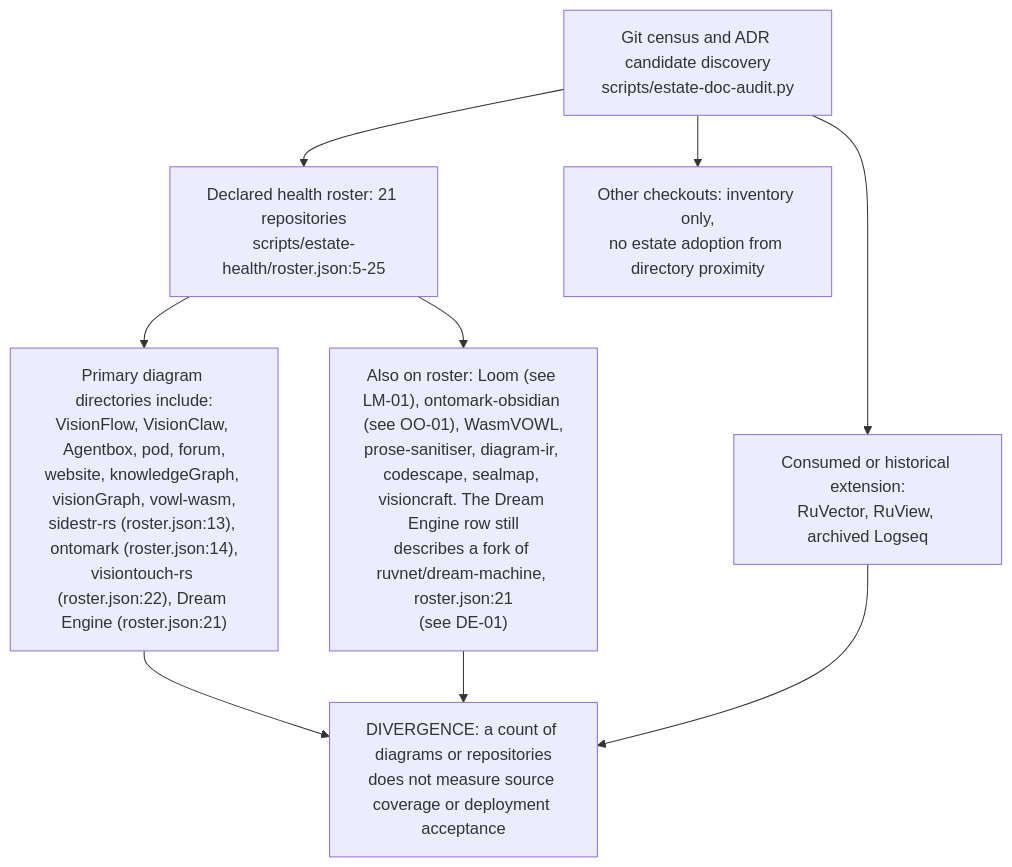
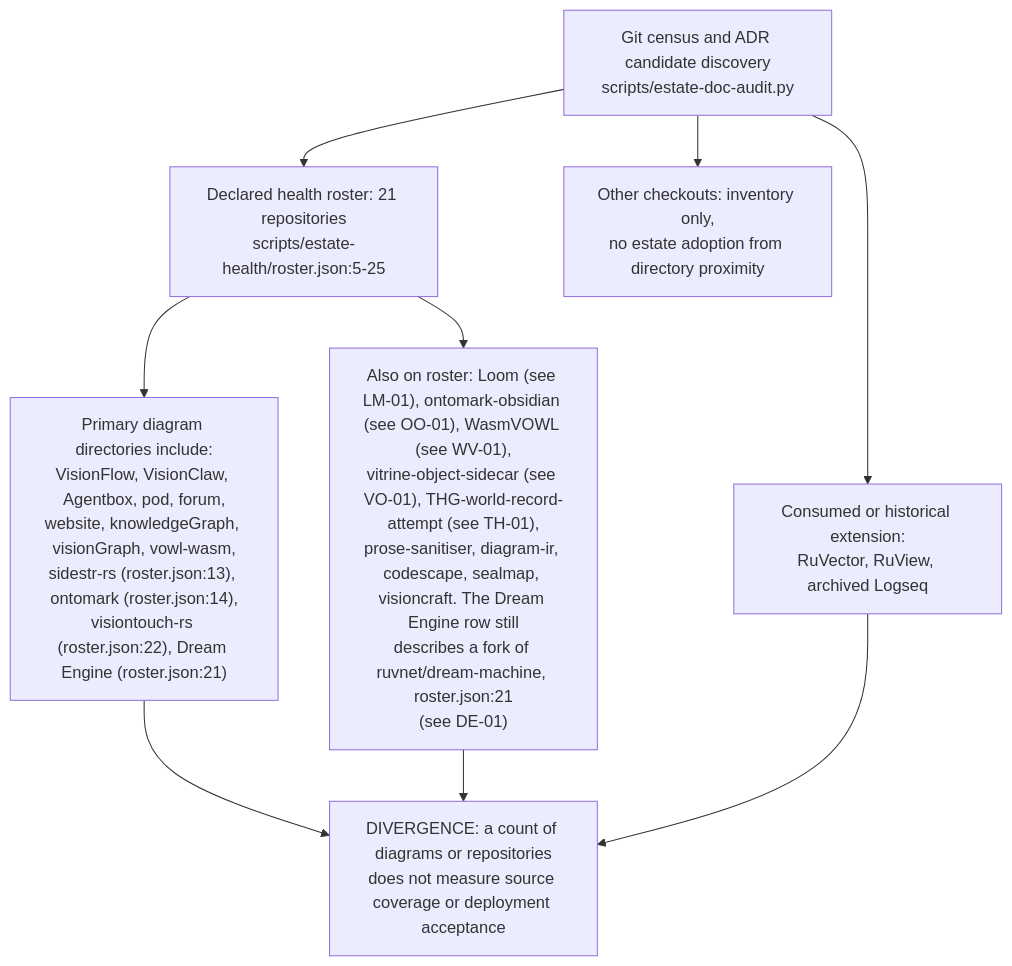
One commit to DreamLab-AI/VisionFlow changed the first of 5 diagrams in docs/diagrams/estate/90-evidence-and-supporting-repositories.md. Above: the diagram before and after it, drawn with Mermaid. The commit also changed 6 other files, not shown here.

First line of the commit message:
diagrams: integration fixes for the follow-up round

````diff
--- a/docs/diagrams/estate/90-evidence-and-supporting-repositories.md
+++ b/docs/diagrams/estate/90-evidence-and-supporting-repositories.md
@@ -36,11 +36,11 @@
 ```mermaid
 flowchart TB
     R["Declared health roster: 21 repositories<br/>scripts/estate-health/roster.json:5-25"] --> P["Primary diagram directories include:<br/>VisionFlow, VisionClaw, Agentbox, pod, forum,<br/>website, knowledgeGraph, visionGraph, vowl-wasm,<br/>sidestr-rs (roster.json:13), ontomark (roster.json:14),<br/>visiontouch-rs (roster.json:22), Dream Engine (roster.json:21)"]
-    R --> S["Also on roster: Loom (see LM-01), ontomark-obsidian (see OO-01), WasmVOWL,<br/>prose-sanitiser, diagram-ir, codescape, sealmap, visioncraft. The Dream Engine row still<br/>describes a fork of ruvnet/dream-machine, roster.json:21<br/>(see DE-01)"]
+    R --> S["Also on roster: Loom (see LM-01), ontomark-obsidian (see OO-01), WasmVOWL (see WV-01),<br/>vitrine-object-sidecar (see VO-01), THG-world-record-attempt (see TH-01),<br/>prose-sanitiser, diagram-ir, codescape, sealmap, visioncraft. The Dream Engine row still<br/>describes a fork of ruvnet/dream-machine, roster.json:21<br/>(see DE-01)"]
     C["Git census and ADR candidate discovery<br/>scripts/estate-doc-audit.py"] --> R
     C --> D["Consumed or historical extension:<br/>RuVector, RuView, archived Logseq"]
     C --> N["Other checkouts: inventory only,<br/>no estate adoption from directory proximity"]
     P --> E["DIVERGENCE: a count of diagrams or repositories<br/>does not measure source coverage or deployment acceptance"]
     S --> E
     D --> E
 ```
````
